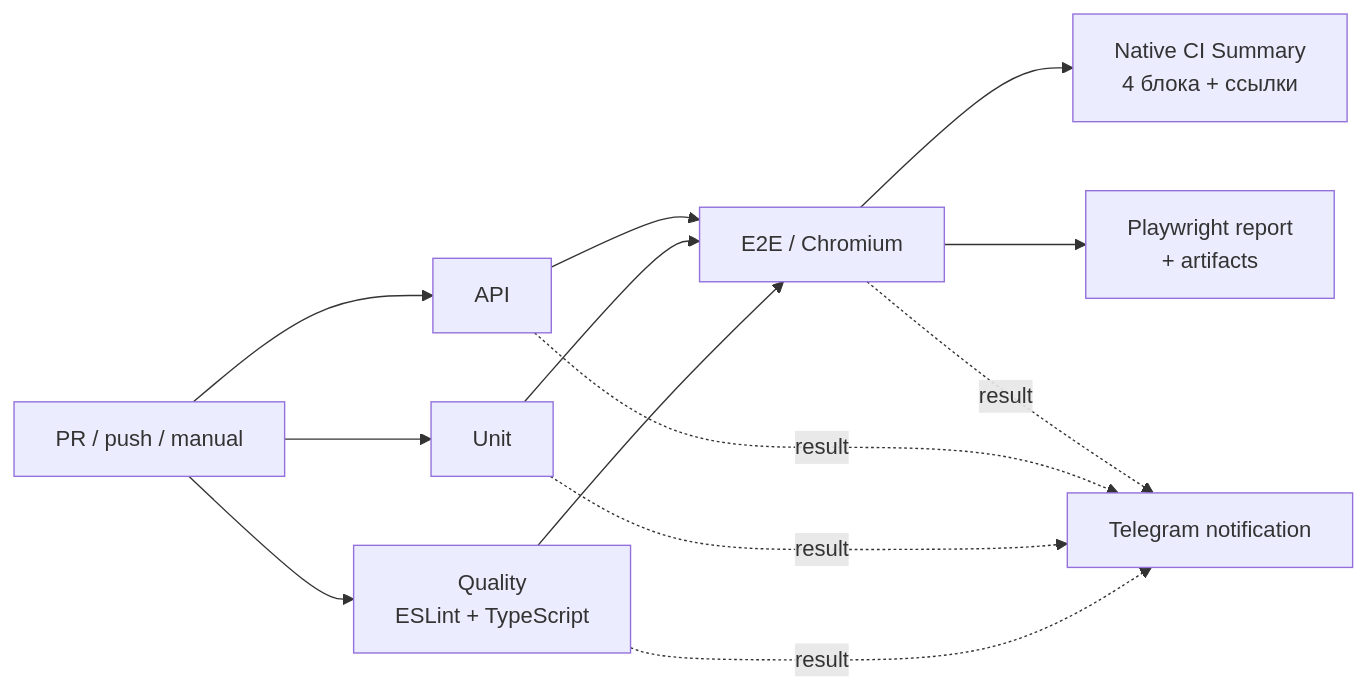
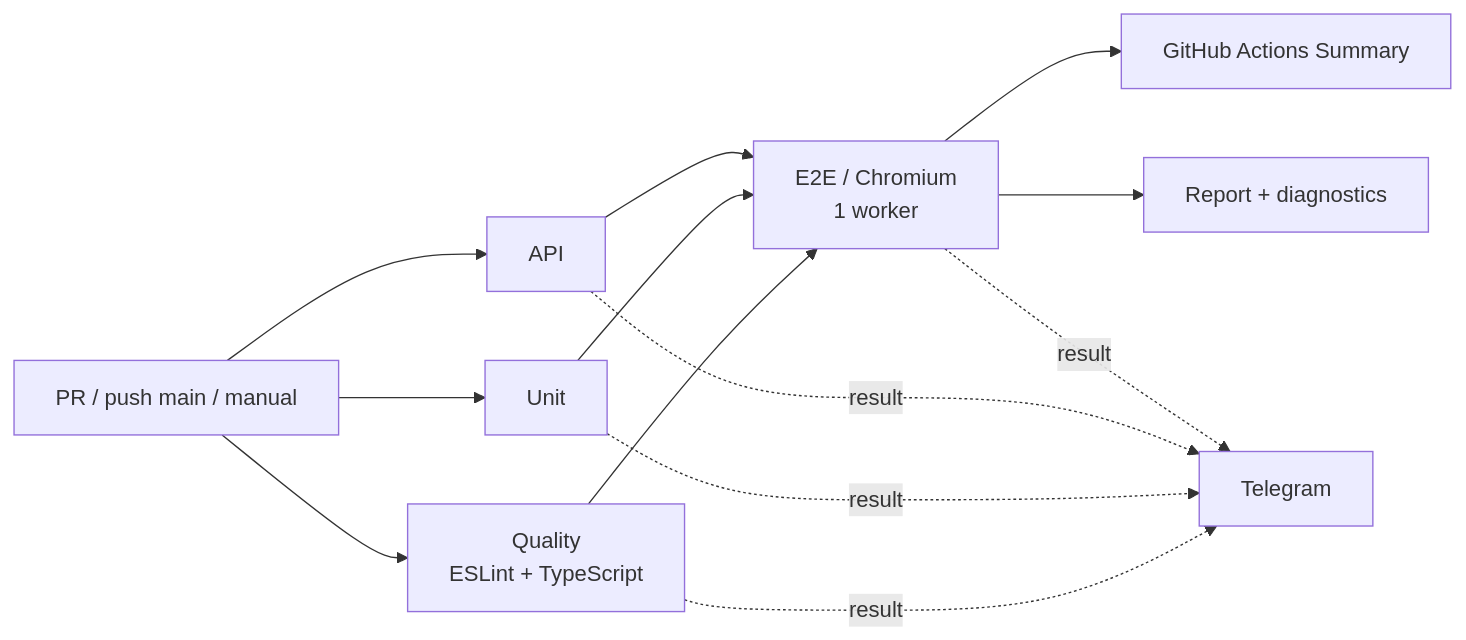
One commit to TokhirjonYuldoshev/pomidorqa-tests changed the diagram in README.md. Above: the diagram before and after it, drawn with Mermaid. The commit also changed other lines of this file and 24 other files, not shown here.

First line of the commit message:
refactor: optimize PomidorQA test architecture (#2)

````diff
--- a/README.md
+++ b/README.md
@@ -27,18 +94,15 @@
 ```mermaid
 flowchart LR
-    A[PR / push / manual] --> Q[Quality\nESLint + TypeScript]
+    A[PR / push main / manual] --> Q[Quality\nESLint + TypeScript]
     A --> U[Unit]
     A --> P[API]
-
-    Q --> E[E2E / Chromium]
+    Q --> E[E2E / Chromium\n1 worker]
     U --> E
     P --> E
-
-    E --> S[Native CI Summary\n4 блока + ссылки]
-    E --> R[Playwright report\n+ artifacts]
-
-    Q -. result .-> T[Telegram notification]
+    E --> S[GitHub Actions Summary]
+    E --> R[Report + diagnostics]
+    Q -. result .-> T[Telegram]
     U -. result .-> T
     P -. result .-> T
     E -. result .-> T
 ```
````
